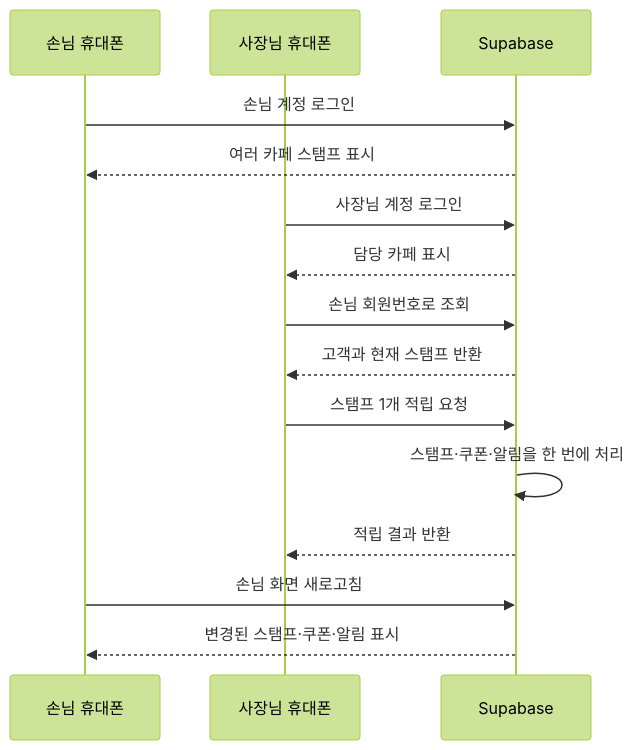
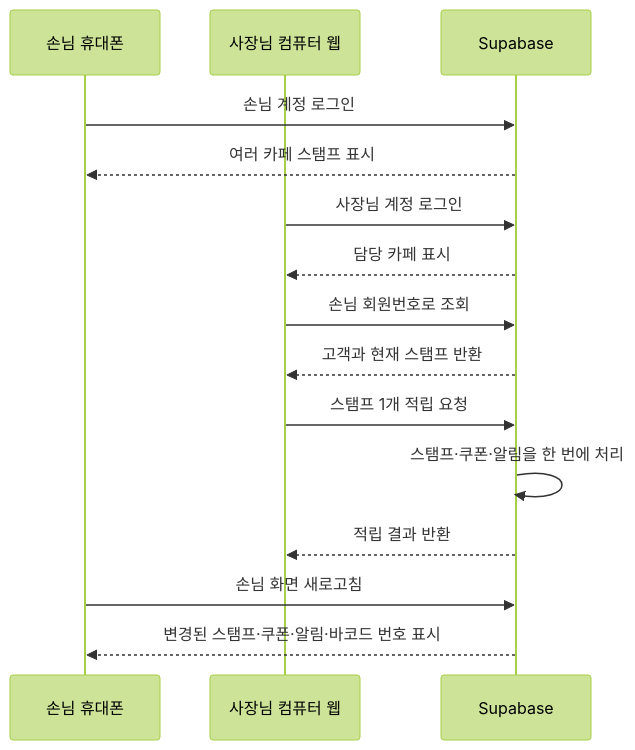
Diagram 11 of 12 in docs/beginner-development-roadmap.md (Mureung1/hub-showcase), drawn with Mermaid (forest theme) before and after one commit. The commit also changed other lines of this file and 6 other files, not shown here.

Commit message:
docs(plan): MVP 개발 계획과 구조 다이어그램 정리

````diff
--- a/docs/beginner-development-roadmap.md
+++ b/docs/beginner-development-roadmap.md
@@ -247,18 +276,18 @@
 ```mermaid
 sequenceDiagram
     participant C as 손님 휴대폰
-    participant O as 사장님 휴대폰
+    participant O as 사장님 컴퓨터 웹
     participant S as Supabase
 
     C->>S: 손님 계정 로그인
     S-->>C: 여러 카페 스탬프 표시
     O->>S: 사장님 계정 로그인
     S-->>O: 담당 카페 표시
     O->>S: 손님 회원번호로 조회
     S-->>O: 고객과 현재 스탬프 반환
     O->>S: 스탬프 1개 적립 요청
     S->>S: 스탬프·쿠폰·알림을 한 번에 처리
     S-->>O: 적립 결과 반환
     C->>S: 손님 화면 새로고침
-    S-->>C: 변경된 스탬프·쿠폰·알림 표시
+    S-->>C: 변경된 스탬프·쿠폰·알림·바코드 번호 표시
 ```
````
